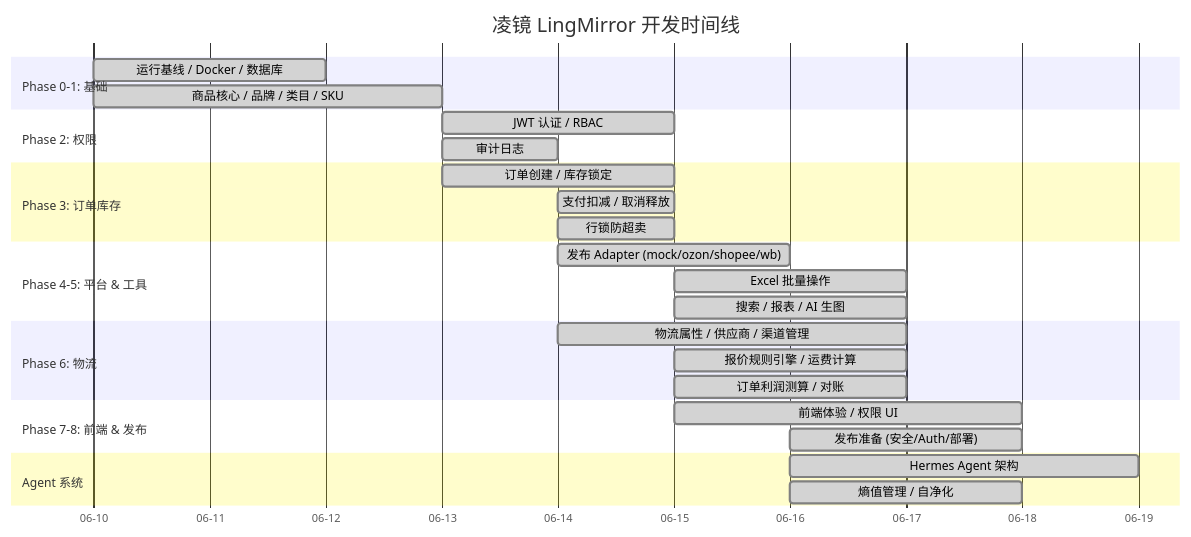
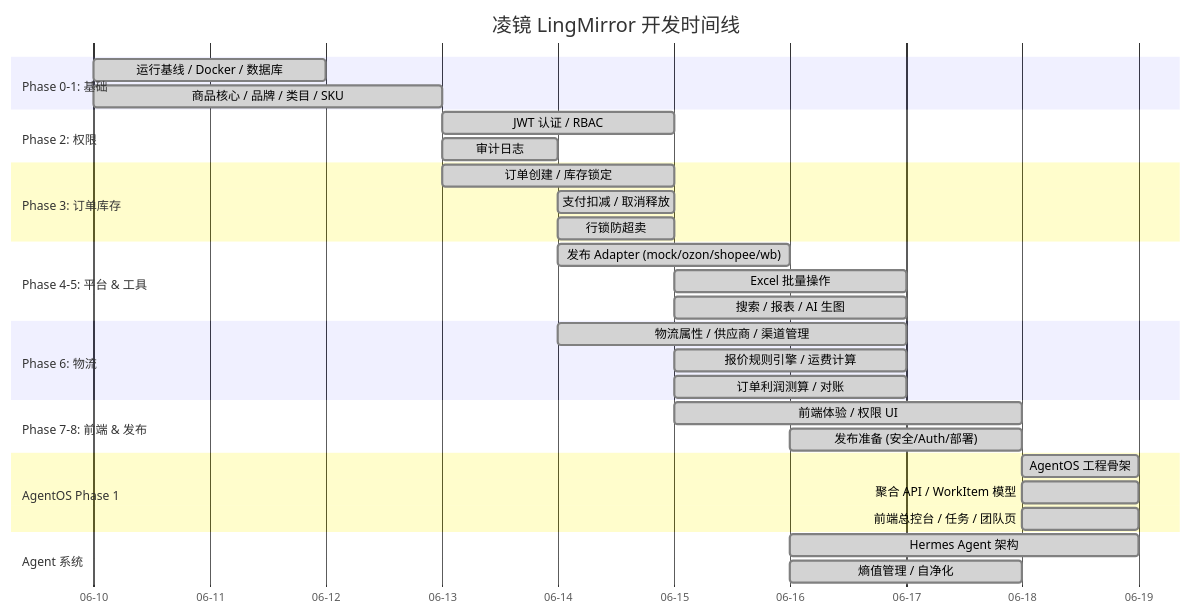
One commit to ihgoa501-stack/multisell changed the diagram in docs/TIMELINE.md. Above: the diagram before and after it, drawn with Mermaid. The commit also changed other lines of this file and 120 other files, not shown here.

````diff
--- a/docs/TIMELINE.md
+++ b/docs/TIMELINE.md
@@ -24,37 +37,42 @@
 ```mermaid
 gantt
     title 凌镜 LingMirror 开发时间线
     dateFormat  YYYY-MM-DD
     axisFormat  %m-%d
     
     section Phase 0-1: 基础
     运行基线 / Docker / 数据库     :done, 2026-06-10, 2d
     商品核心 / 品牌 / 类目 / SKU  :done, 2026-06-10, 3d
 
     section Phase 2: 权限
     JWT 认证 / RBAC               :done, 2026-06-13, 2d
     审计日志                       :done, 2026-06-13, 1d
 
     section Phase 3: 订单库存
     订单创建 / 库存锁定             :done, 2026-06-13, 2d
     支付扣减 / 取消释放             :done, 2026-06-14, 1d
     行锁防超卖                     :done, 2026-06-14, 1d
 
     section Phase 4-5: 平台 & 工具
     发布 Adapter (mock/ozon/shopee/wb) :done, 2026-06-14, 2d
     Excel 批量操作                  :done, 2026-06-15, 2d
     搜索 / 报表 / AI 生图           :done, 2026-06-15, 2d
 
     section Phase 6: 物流
     物流属性 / 供应商 / 渠道管理    :done, 2026-06-14, 3d
     报价规则引擎 / 运费计算         :done, 2026-06-15, 2d
     订单利润测算 / 对账             :done, 2026-06-15, 2d
 
     section Phase 7-8: 前端 & 发布
     前端体验 / 权限 UI              :done, 2026-06-15, 3d
     发布准备 (安全/Auth/部署)       :done, 2026-06-16, 2d
 
+    section AgentOS Phase 1
+    AgentOS 工程骨架               :done, 2026-06-18, 1d
+    聚合 API / WorkItem 模型       :done, 2026-06-18, 1d
+    前端总控台 / 任务 / 团队页     :done, 2026-06-18, 1d
+
     section Agent 系统
     Hermes Agent 架构               :done, 2026-06-16, 3d
     熵值管理 / 自净化               :done, 2026-06-16, 2d
 ```
````
